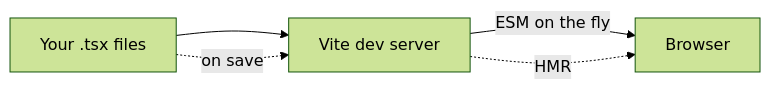
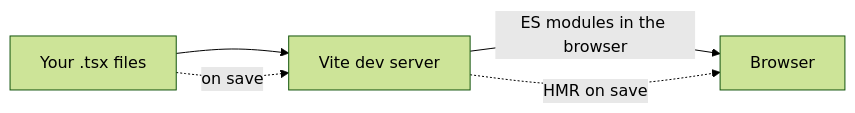
One commit to BabaScience/react-guides changed the second of 10 diagrams in arguments/chapters/01-fundamentals.md. Above: the diagram before and after it, drawn with Mermaid (forest theme). The commit also changed other lines of this file and 46 other files, not shown here.

````diff
--- a/arguments/chapters/01-fundamentals.md
+++ b/arguments/chapters/01-fundamentals.md
@@ -59,7 +97,7 @@
 ```mermaid
 graph LR
     Files["Your .tsx files"] --> Vite[Vite dev server]
-    Vite -->|ESM on the fly| Browser[Browser]
-    Vite -.->|HMR| Browser
+    Vite -->|ES modules in the browser| Browser[Browser]
+    Vite -.->|HMR on save| Browser
     Files -.->|on save| Vite
 ```
````
